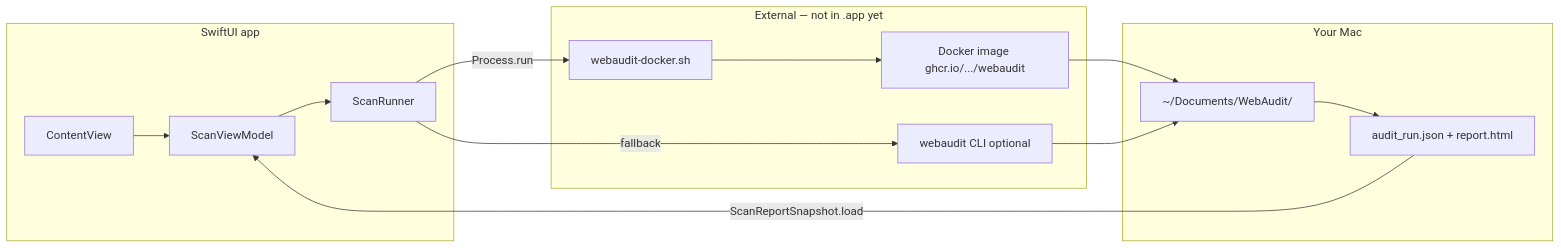
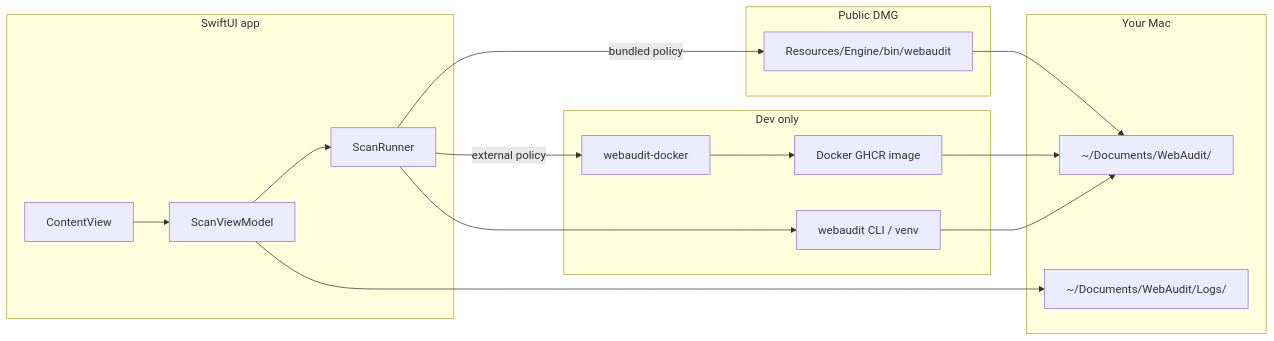
One commit to Vlad-1618M/web_audit changed the diagram in macos/WebAuditMac/SWIFT_APP_GUIDE.md. Above: the diagram before and after it, drawn with Mermaid. The commit also changed other lines of this file and 75 other files, not shown here.

````diff
--- a/macos/WebAuditMac/SWIFT_APP_GUIDE.md
+++ b/macos/WebAuditMac/SWIFT_APP_GUIDE.md
@@ -34,27 +35,30 @@
 ```mermaid
 flowchart LR
   subgraph ui [SwiftUI app]
     CV[ContentView]
     VM[ScanViewModel]
     SR[ScanRunner]
   end
-  subgraph engine [External — not in .app yet]
-    WD[webaudit-docker.sh]
-    DK[Docker image ghcr.io/.../webaudit]
-    CLI[webaudit CLI optional]
+  subgraph bundled [Public DMG]
+    ENG[Resources/Engine/bin/webaudit]
+  end
+  subgraph external [Dev only]
+    WD[webaudit-docker]
+    DK[Docker GHCR image]
+    CLI[webaudit CLI / venv]
   end
   subgraph disk [Your Mac]
     DOC["~/Documents/WebAudit/"]
-    JSON[audit_run.json + report.html]
+    LOGS["~/Documents/WebAudit/Logs/"]
   end
 
-   CV   --> VM
-   VM   --> SR
-   SR   --> | Process.run| WD
-   WD   --> DK
-   SR   --> | fallback | CLI
-   DK   --> DOC
-   CLI  --> DOC
-   DOC  --> JSON
-   JSON --> | ScanReportSnapshot.load| VM
+  CV --> VM --> SR
+  SR -->|bundled policy| ENG
+  SR -->|external policy| WD
+  WD --> DK
+  SR --> CLI
+  ENG --> DOC
+  DK --> DOC
+  CLI --> DOC
+  VM --> LOGS
 ```
````
